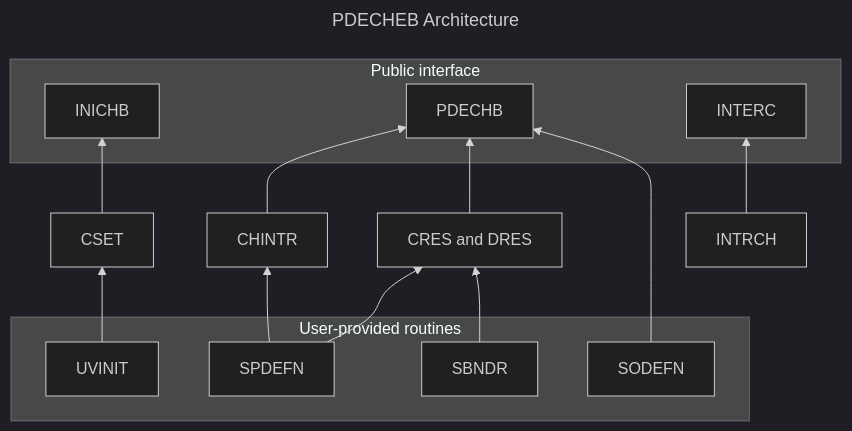
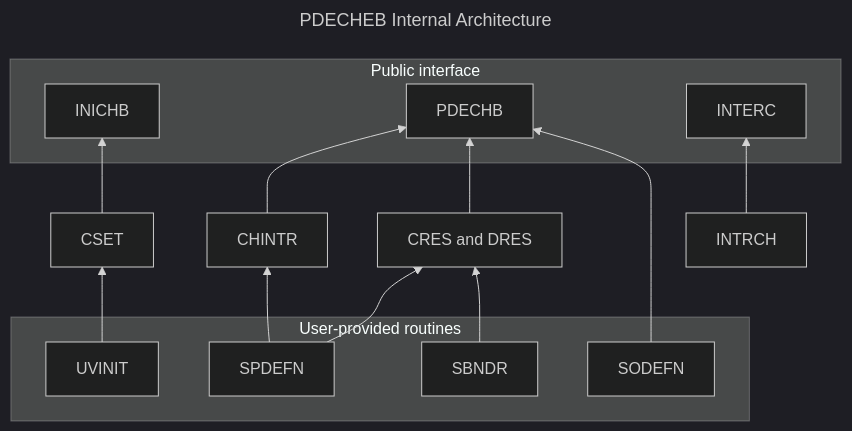
Before and after one commit to ivan-pi/pdecheb: the second of 2 diagrams in README.md, drawn with Mermaid (dark theme). The commit also changed other lines of this file, not shown here.

````diff
--- a/README.md
+++ b/README.md
@@ -40,31 +36,31 @@
 ```mermaid
 ---
-title: PDECHEB Architecture
+title: PDECHEB Internal Architecture
 ---
 graph BT
 
     subgraph A[Public interface]
         A2[INICHB]
         A1[PDECHB]
         A3[INTERC]
     end
 
     B1[CHINTR]-->A1
     B2[CRES and DRES]-->A1
 
     subgraph U["User-provided routines"]
         U1[SPDEFN]
         U2[SBNDR]
         U3[SODEFN]
         U4[UVINIT]
     end
 
     U1-->B2
     U2-->B2
 
     U1-->B1
     U3-->A1
 
     C1[INTRCH]-->A3
     U4-->C2[CSET]-->A2
 ```
````
